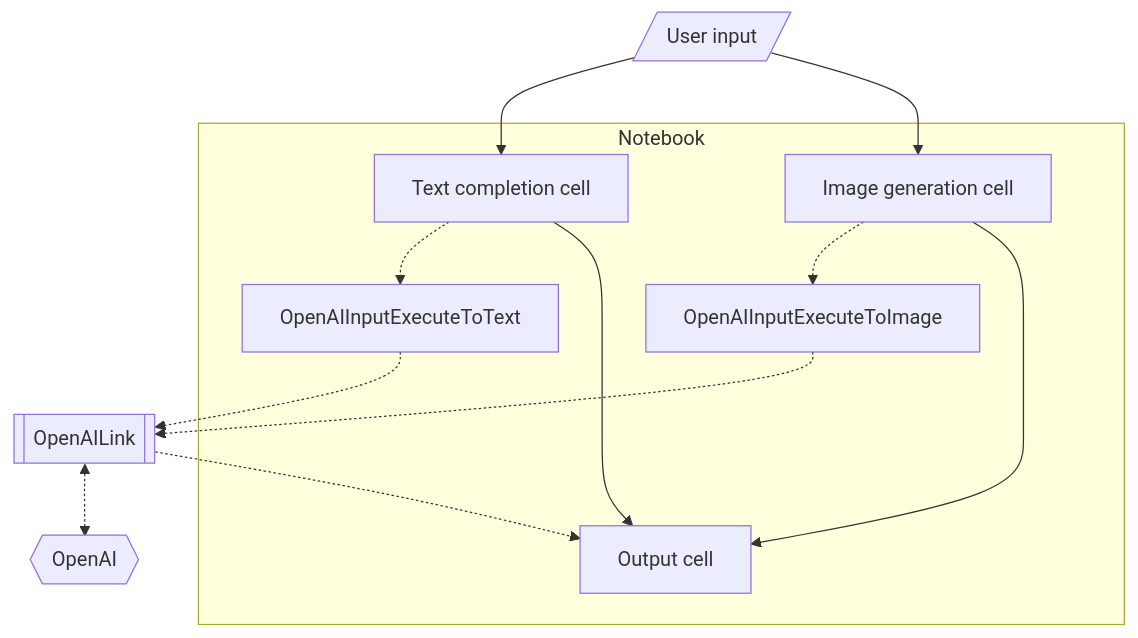
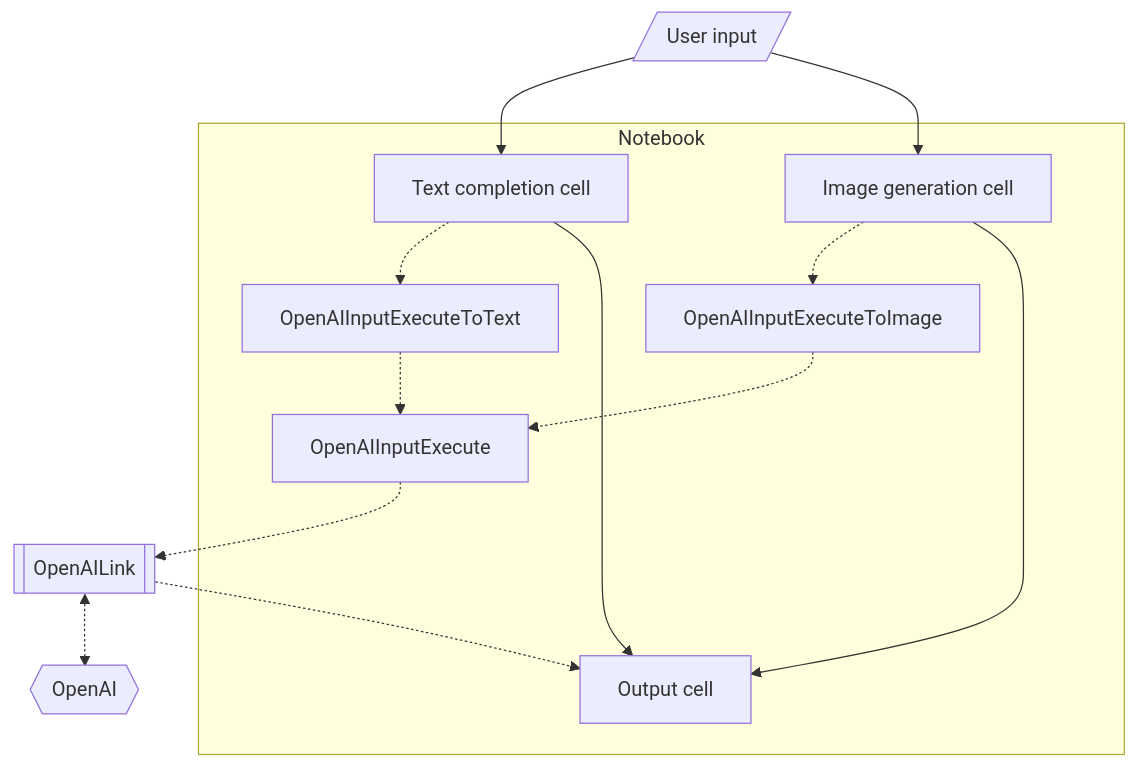
The diagram in README.md (antononcube/WL-OpenAIMode-paclet), drawn with Mermaid before and after one commit. The commit also changed other lines of this file, not shown here.

Commit message:
docs:Made two sections, one for standard use, the other for code generation and execution.

````diff
--- a/README.md
+++ b/README.md
@@ -43,24 +74,27 @@
 ```mermaid
 flowchart TD
 OpenAI{{OpenAI}}
 OpenAILink[[" OpenAILink"]]
 TCC["Text completion cell"]
-IGC["Image generation cell"] 
+IGC["Image generation cell"]
+OIE["OpenAIInputExecute"]
 OC["Output cell"]
 UI[/"User input"/]
 UI --> TCC
 UI --> IGC
-TCC -.-> OpenAIInputExecuteToText -.-> OpenAILink
-IGC -.-> OpenAIInputExecuteToImage -.-> OpenAILink
+TCC -.-> OpenAIInputExecuteToText -.-> OIE
+IGC -.-> OpenAIInputExecuteToImage -.-> OIE
+OIE -.-> OpenAILink
 OpenAILink <-.-> OpenAI
 OpenAILink -.-> OC
 TCC --> OC
 IGC --> OC
 subgraph Notebook
         TCC
 		OpenAIInputExecuteToText
         IGC
 		OpenAIInputExecuteToImage
+		OIE
         OC
 end   
 ```
````
